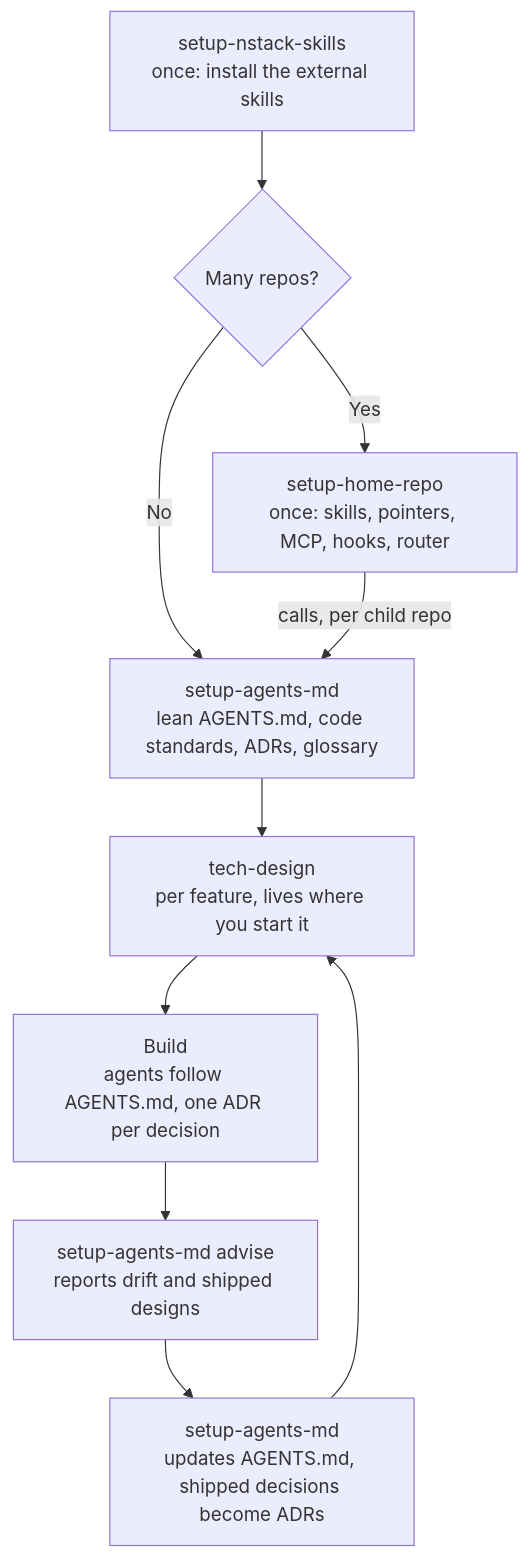
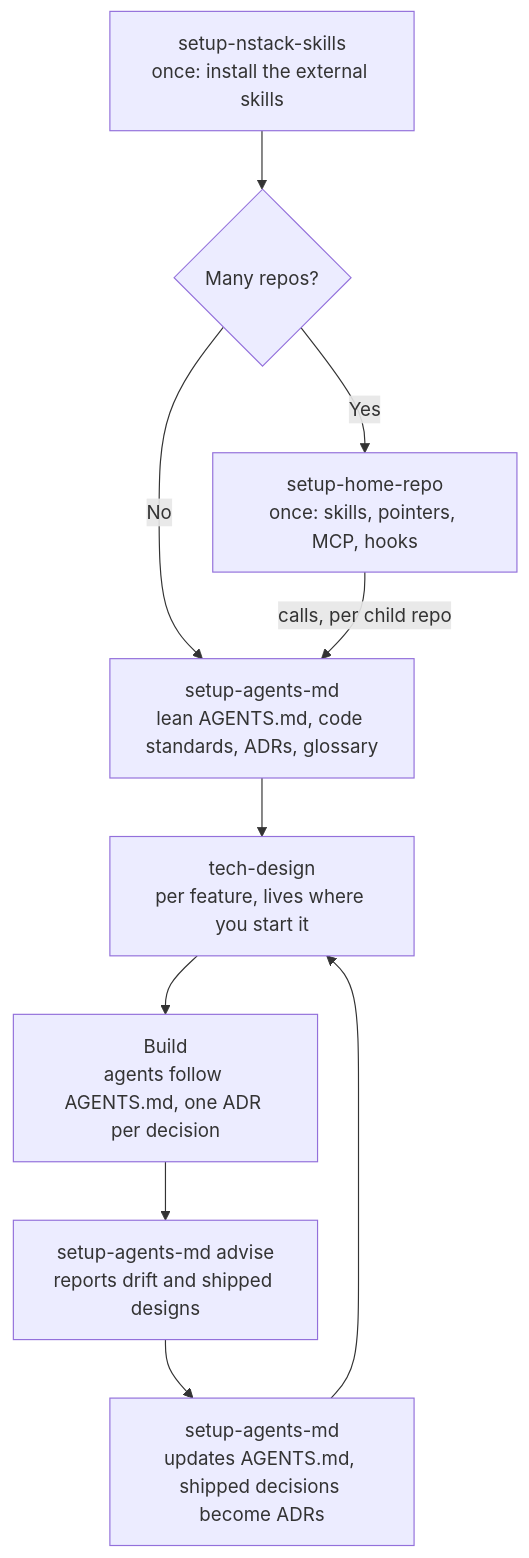
Before and after one commit to svennijhuis/nstack: the diagram in README.md, drawn with Mermaid. The commit also changed other lines of this file and 10 other files, not shown here.

First line of the commit message:
Drop the router skill from setup-home-repo and add an update mode

````diff
--- a/README.md
+++ b/README.md
@@ -17,12 +17,12 @@
 ```mermaid
 flowchart TD
     A[setup-nstack-skills<br/>once: install the external skills] --> B{Many repos?}
-    B -->|Yes| C[setup-home-repo<br/>once: skills, pointers, MCP, hooks, router]
+    B -->|Yes| C[setup-home-repo<br/>once: skills, pointers, MCP, hooks]
     B -->|No| D
     C -->|calls, per child repo| D[setup-agents-md<br/>lean AGENTS.md, code standards, ADRs, glossary]
     D --> E[tech-design<br/>per feature, lives where you start it]
     E --> F[Build<br/>agents follow AGENTS.md, one ADR per decision]
     F --> G[setup-agents-md advise<br/>reports drift and shipped designs]
     G --> H[setup-agents-md<br/>updates AGENTS.md, shipped decisions become ADRs]
     H --> E
 ```
````
